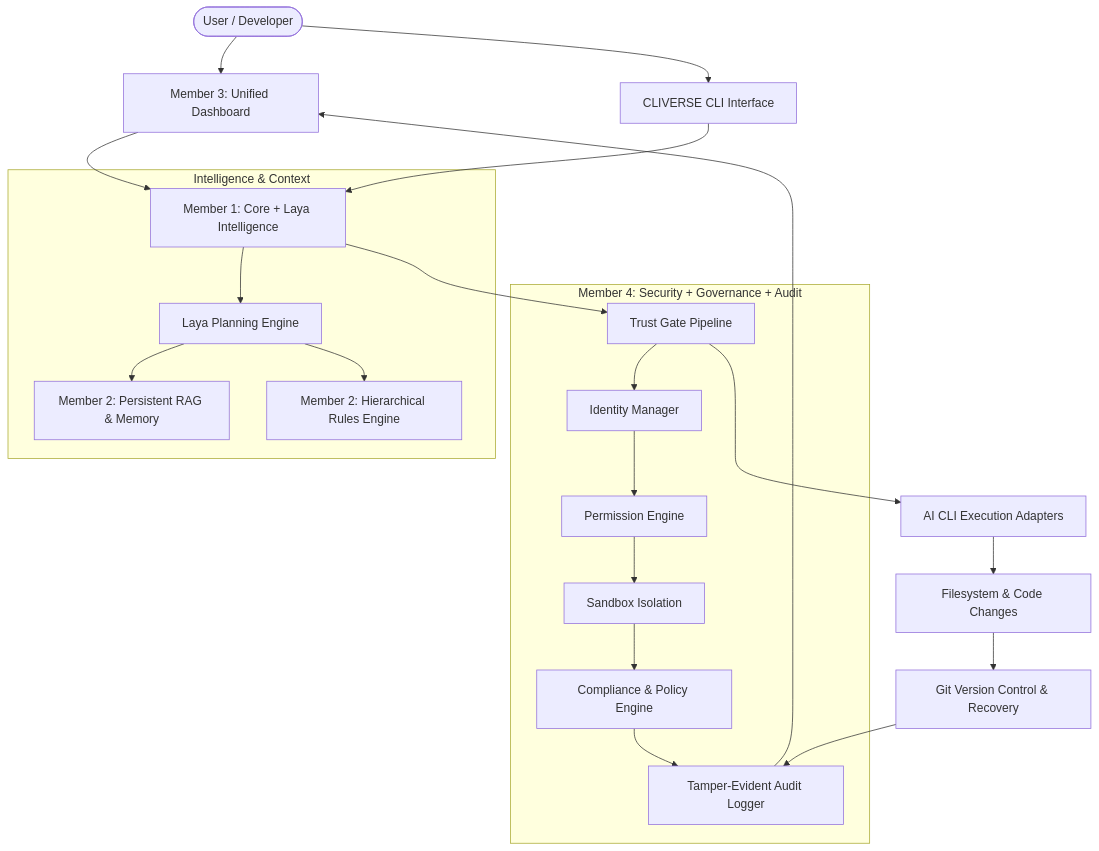
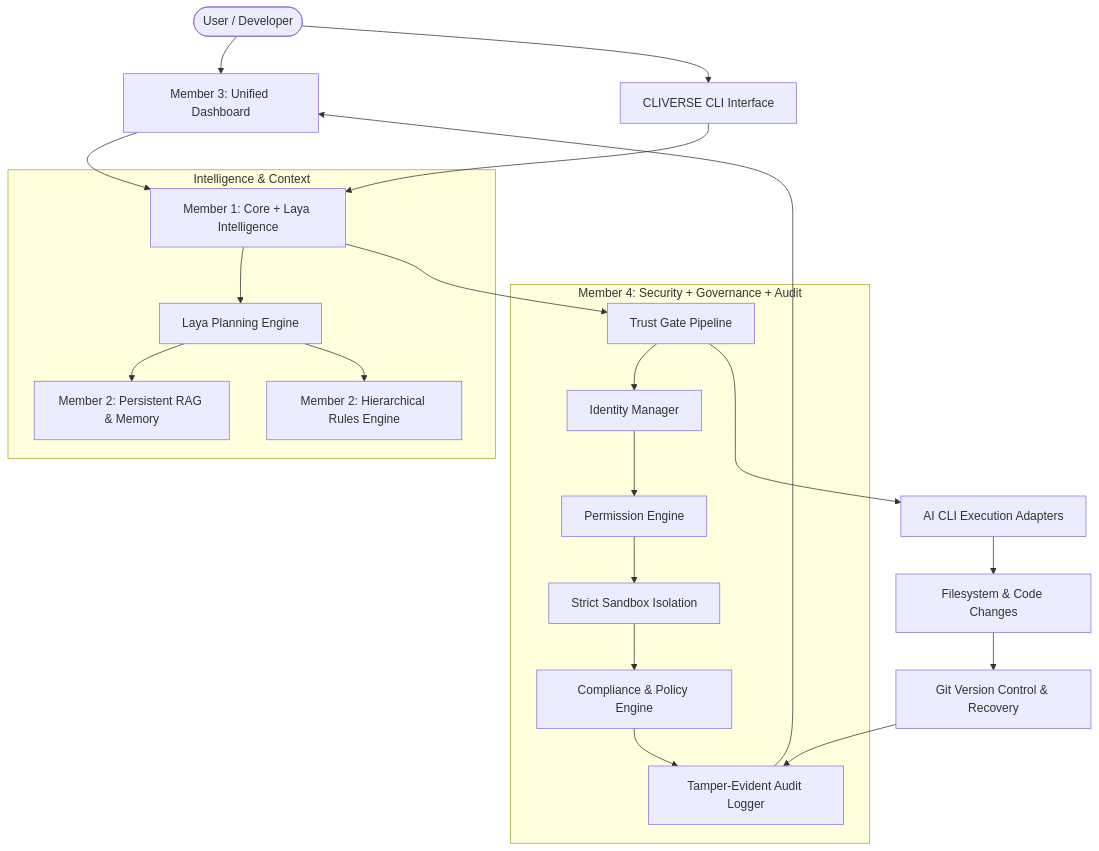
One commit to seshasaipardhiv-cloud/CLIVERSE changed the diagram in README.md. Above: the diagram before and after it, drawn with Mermaid. The commit also changed other lines of this file, not shown here.

````diff
--- a/README.md
+++ b/README.md
@@ -58,29 +58,29 @@
 ```mermaid
 flowchart TD
     User([User / Developer]) --> Dashboard[Member 3: Unified Dashboard]
     User --> CLI[CLIVERSE CLI Interface]
     
     Dashboard --> Core[Member 1: Core + Laya Intelligence]
     CLI --> Core
     
     subgraph Intelligence & Context
         Core --> Laya[Laya Planning Engine]
         Laya --> RAG[Member 2: Persistent RAG & Memory]
         Laya --> Rules[Member 2: Hierarchical Rules Engine]
     end
     
     subgraph Trust Gate [Member 4: Security + Governance + Audit]
         Core --> TrustGate[Trust Gate Pipeline]
         TrustGate --> Identity[Identity Manager]
         Identity --> Permissions[Permission Engine]
-        Permissions --> Sandbox[Sandbox Isolation]
+        Permissions --> Sandbox[Strict Sandbox Isolation]
         Sandbox --> Compliance[Compliance & Policy Engine]
         Compliance --> AuditLog[Tamper-Evident Audit Logger]
     end
     
     TrustGate --> AICLI[AI CLI Execution Adapters]
     AICLI --> FSChanges[Filesystem & Code Changes]
     FSChanges --> GitControl[Git Version Control & Recovery]
     GitControl --> AuditLog
     AuditLog --> Dashboard
 ```
````
